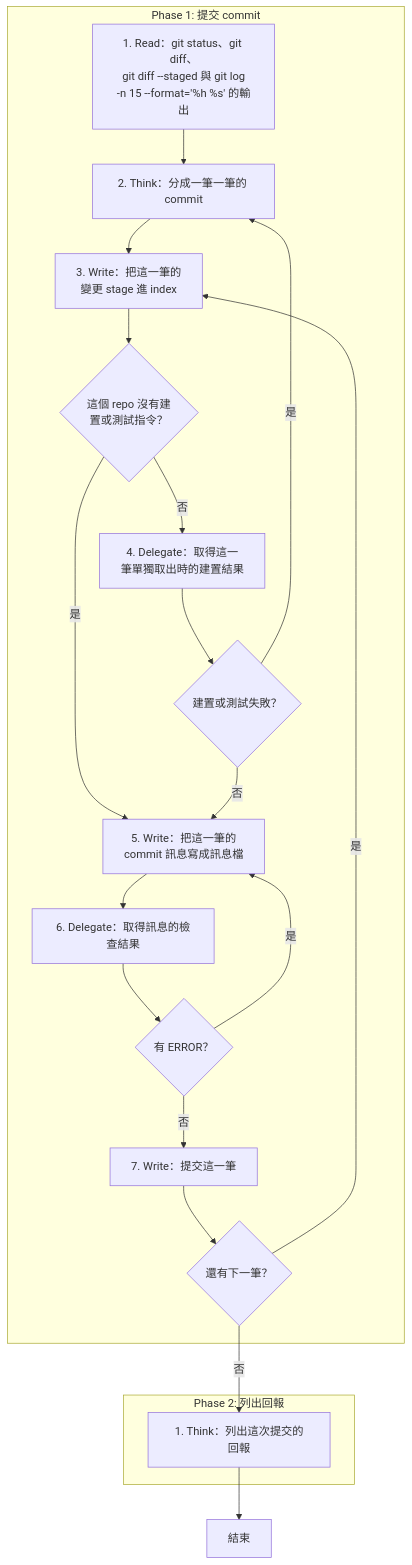
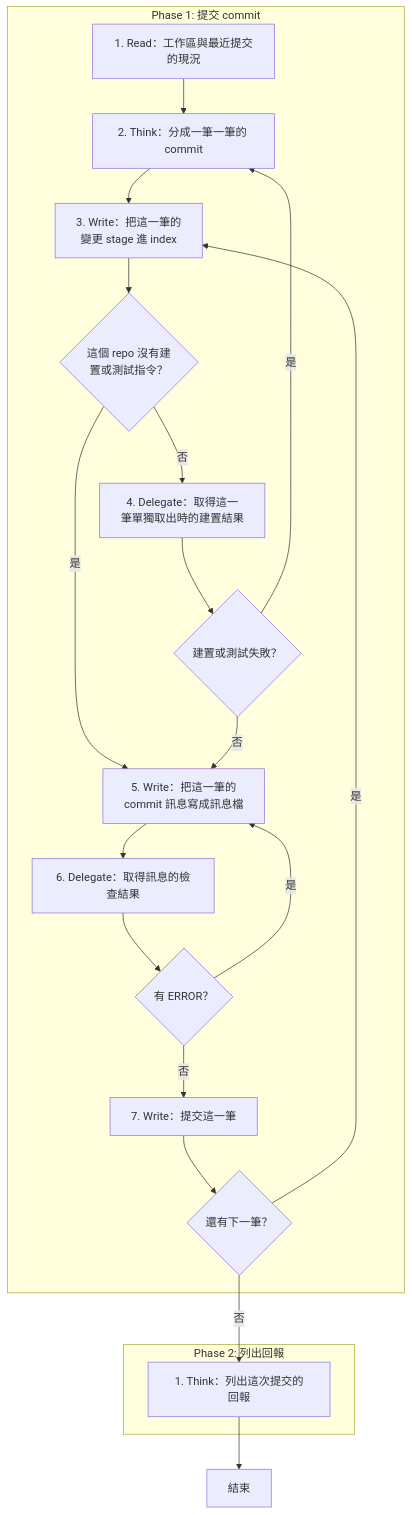
Before and after one commit to AI-x-BDD/BDGG-Dev-Skills: the diagram in .claude/skills/git-conventional-commit/SKILL.md, drawn with Mermaid. The commit also changed other lines of this file and 33 other files, not shown here.

````diff
--- a/.claude/skills/git-conventional-commit/SKILL.md
+++ b/.claude/skills/git-conventional-commit/SKILL.md
@@ -23,36 +23,36 @@
 ```mermaid
 flowchart TD
     subgraph P1["Phase 1: 提交 commit"]
-        P1S1["1. Read：git status、git diff、<br/>git diff --staged 與 git log<br/>-n 15 --format='%h %s' 的輸出"]
+        P1S1["1. Read：工作區與最近提交的現況"]
         P1S2["2. Think：分成一筆一筆的 commit"]
         P1S3["3. Write：把這一筆的<br/>變更 stage 進 index"]
         G_P1S3_1{"這個 repo 沒有建<br/>置或測試指令？"}
         P1S4["4. Delegate：取得這一<br/>筆單獨取出時的建置結果"]
         G_P1S4_1{"建置或測試失敗？"}
         P1S5["5. Write：把這一筆的<br/>commit 訊息寫成訊息檔"]
         P1S6["6. Delegate：取得訊息的檢查結果"]
         G_P1S6_1{"有 ERROR？"}
         P1S7["7. Write：提交這一筆"]
         G_P1S7_1{"還有下一筆？"}
     end
     subgraph P2["Phase 2: 列出回報"]
         P2S1["1. Think：列出這次提交的回報"]
     end
     End["結束"]
     P1S1 --> P1S2
     P1S2 --> P1S3
     P1S3 --> G_P1S3_1
     G_P1S3_1 -->|是| P1S5
     G_P1S3_1 -->|否| P1S4
     P1S4 --> G_P1S4_1
     G_P1S4_1 -->|是| P1S2
     G_P1S4_1 -->|否| P1S5
     P1S5 --> P1S6
     P1S6 --> G_P1S6_1
     G_P1S6_1 -->|是| P1S5
     G_P1S6_1 -->|否| P1S7
     P1S7 --> G_P1S7_1
     G_P1S7_1 -->|是| P1S3
     G_P1S7_1 -->|否| P2S1
     P2S1 --> End
 ```
````
